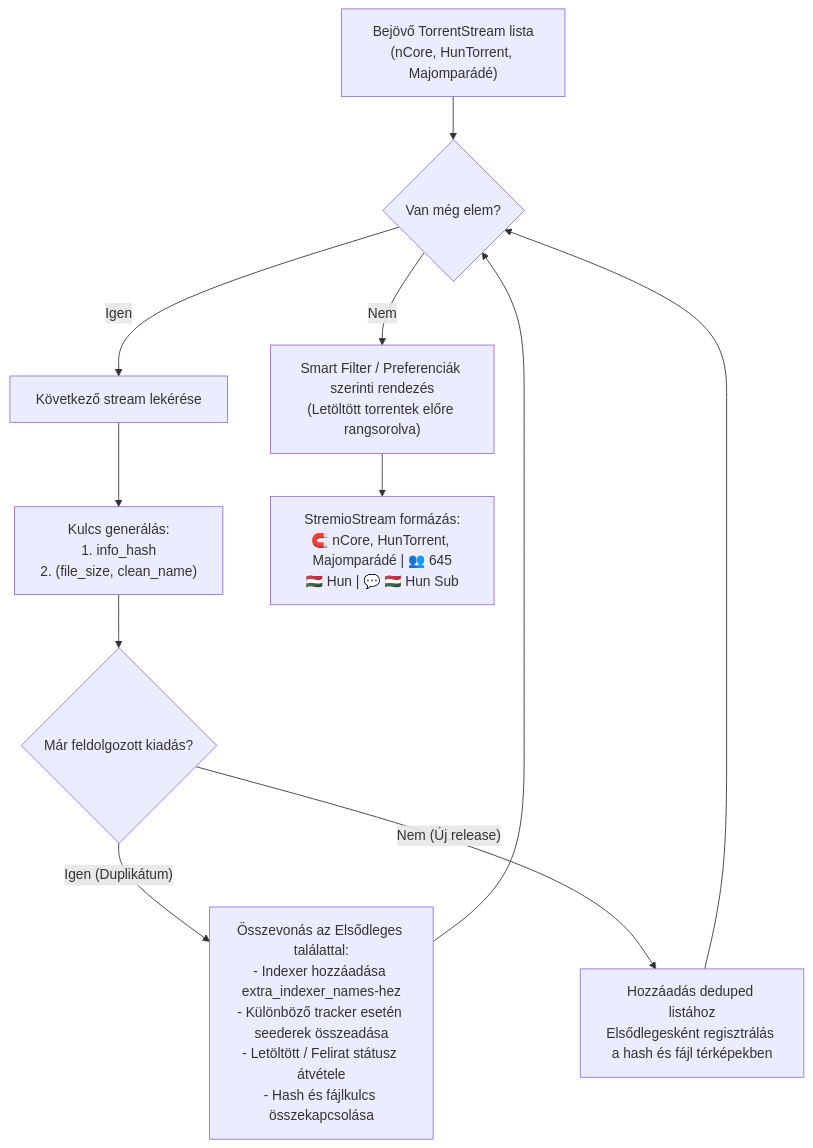
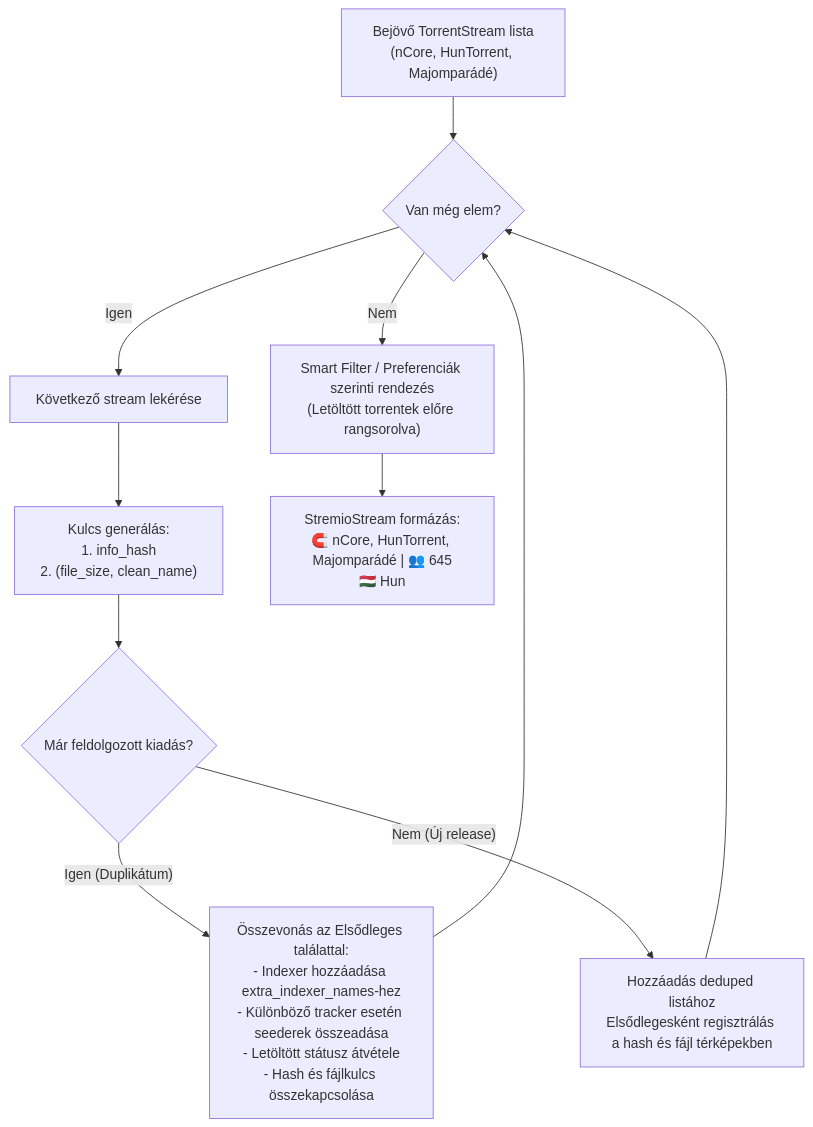
One commit to Levfero/stremhu-source-VibeCodedEdition changed the second of 2 diagrams in docs/feature/search-filter-tmdb-tvdb.md. Above: the diagram before and after it, drawn with Mermaid. The commit also changed other lines of this file and 4 other files, not shown here.

````diff
--- a/docs/feature/search-filter-tmdb-tvdb.md
+++ b/docs/feature/search-filter-tmdb-tvdb.md
@@ -78,16 +78,16 @@
 ```mermaid
 flowchart TD
     InStreams["Bejövő TorrentStream lista\n(nCore, HunTorrent, Majomparádé)"] --> Loop{"Van még elem?"}
     Loop -- "Igen" --> GetStream["Következő stream lekérése"]
     GetStream --> KeyCalc["Kulcs generálás:\n1. info_hash\n2. (file_size, clean_name)"]
     KeyCalc --> CheckSeen{"Már feldolgozott kiadás?"}
     
-    CheckSeen -- "Igen (Duplikátum)" --> Merge["Összevonás az Elsődleges találattal:\n- Indexer hozzáadása extra_indexer_names-hez\n- Különböző tracker esetén seederek összeadása\n- Letöltött / Felirat státusz átvétele\n- Hash és fájlkulcs összekapcsolása"]
+    CheckSeen -- "Igen (Duplikátum)" --> Merge["Összevonás az Elsődleges találattal:\n- Indexer hozzáadása extra_indexer_names-hez\n- Különböző tracker esetén seederek összeadása\n- Letöltött státusz átvétele\n- Hash és fájlkulcs összekapcsolása"]
     Merge --> Loop
 
     CheckSeen -- "Nem (Új release)" --> AddPrimary["Hozzáadás deduped listához\nElsődlegesként regisztrálás a hash és fájl térképekben"]
     AddPrimary --> Loop
 
     Loop -- "Nem" --> SortRank["Smart Filter / Preferenciák szerinti rendezés\n(Letöltött torrentek előre rangsorolva)"]
-    SortRank --> Format["StremioStream formázás:\n🧲 nCore, HunTorrent, Majomparádé | 👥 645\n🇭🇺 Hun | 💬 🇭🇺 Hun Sub"]
+    SortRank --> Format["StremioStream formázás:\n🧲 nCore, HunTorrent, Majomparádé | 👥 645\n🇭🇺 Hun"]
 ```
````
